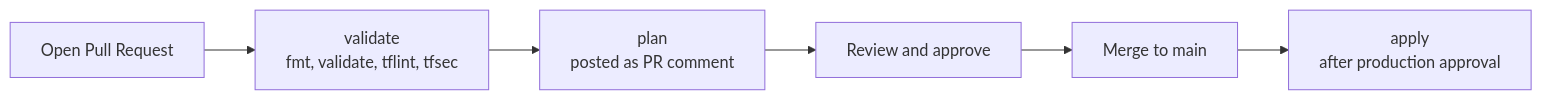
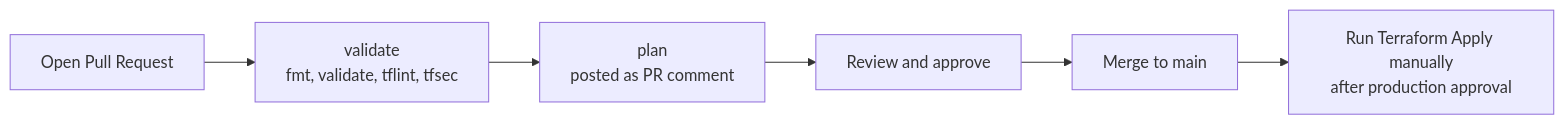
One commit to lucaskoh/demo_tf_for_aws changed the second of 2 diagrams in README.md. Above: the diagram before and after it, drawn with Mermaid. The commit also changed other lines of this file and 1 other file, not shown here.

Commit message:
ci: make the apply workflow manual (workflow_dispatch)

````diff
--- a/README.md
+++ b/README.md
@@ -278,8 +278,8 @@
 ```mermaid
 flowchart LR
     A["Open Pull Request"] --> B["validate<br/>fmt, validate, tflint, tfsec"]
     B --> C["plan<br/>posted as PR comment"]
     C --> D["Review and approve"]
     D --> E["Merge to main"]
-    E --> F["apply<br/>after production approval"]
+    E --> F["Run Terraform Apply manually<br/>after production approval"]
 ```
````
